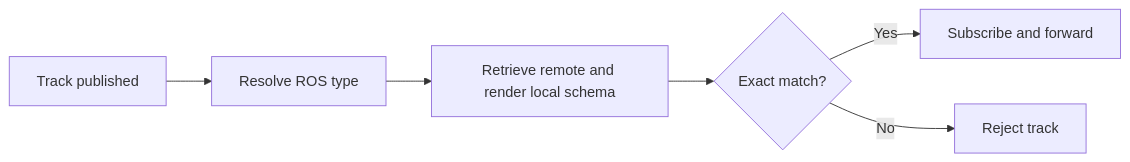
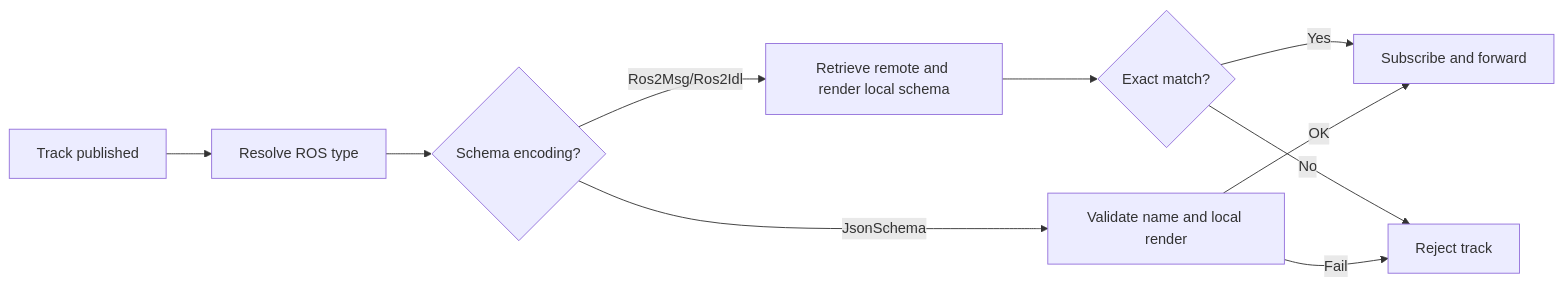
Before and after one commit to livekit/ros-portal: the second of 2 diagrams in docs/design/schema.md, drawn with Mermaid. The commit also changed other lines of this file and 4 other files, not shown here.

Commit message:
relaxed json schema path

````diff
--- a/docs/design/schema.md
+++ b/docs/design/schema.md
@@ -93,8 +100,12 @@
 ```mermaid
 flowchart LR
   A[Track published] --> B[Resolve ROS type]
-  B --> C[Retrieve remote and render local schema]
-  C --> D{Exact match?}
-  D -- Yes --> E[Subscribe and forward]
-  D -- No --> F[Reject track]
+  B --> C{Schema encoding?}
+  C -- Ros2Msg/Ros2Idl --> D[Retrieve remote and render local schema]
+  D --> E{Exact match?}
+  E -- Yes --> F[Subscribe and forward]
+  E -- No --> G[Reject track]
+  C -- JsonSchema --> H[Validate name and local render]
+  H -- OK --> F
+  H -- Fail --> G
 ```
````
